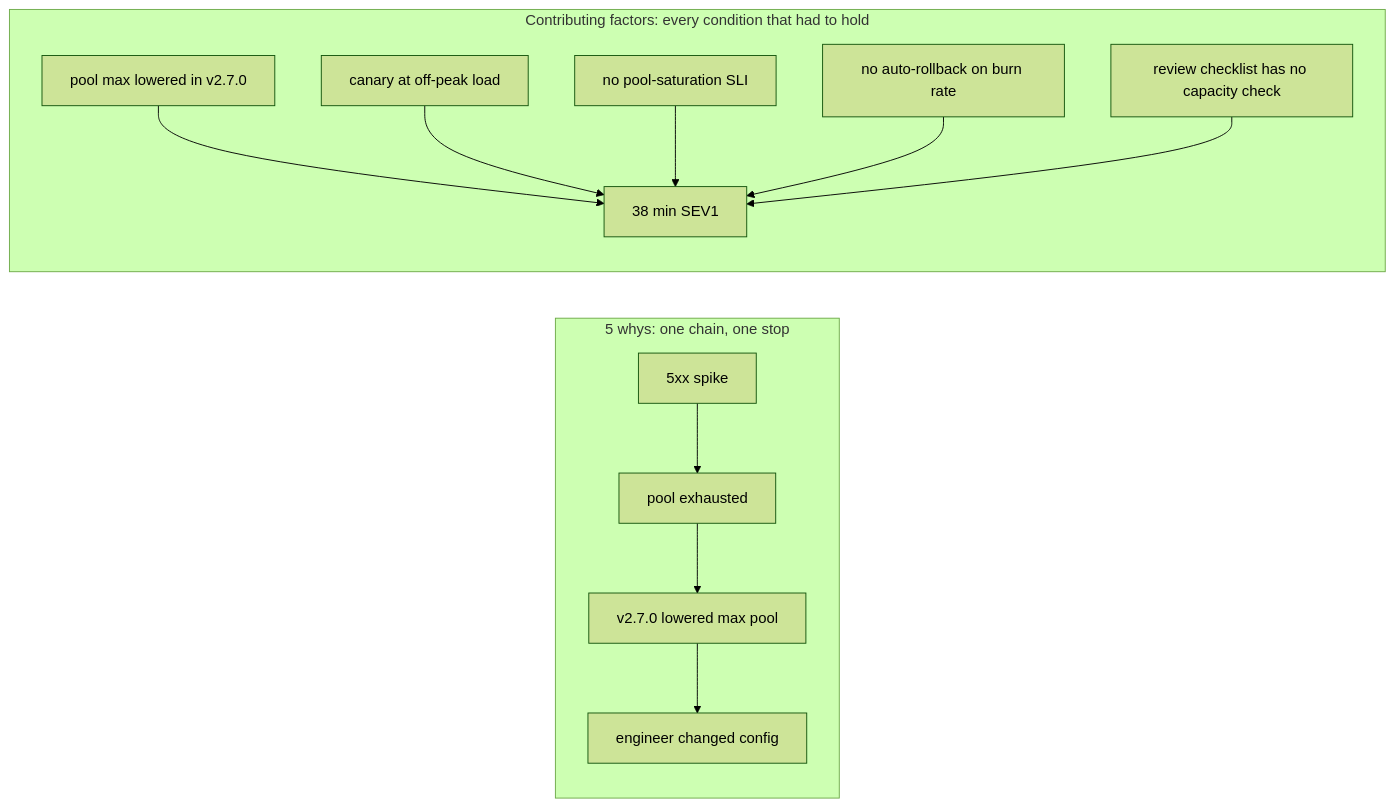
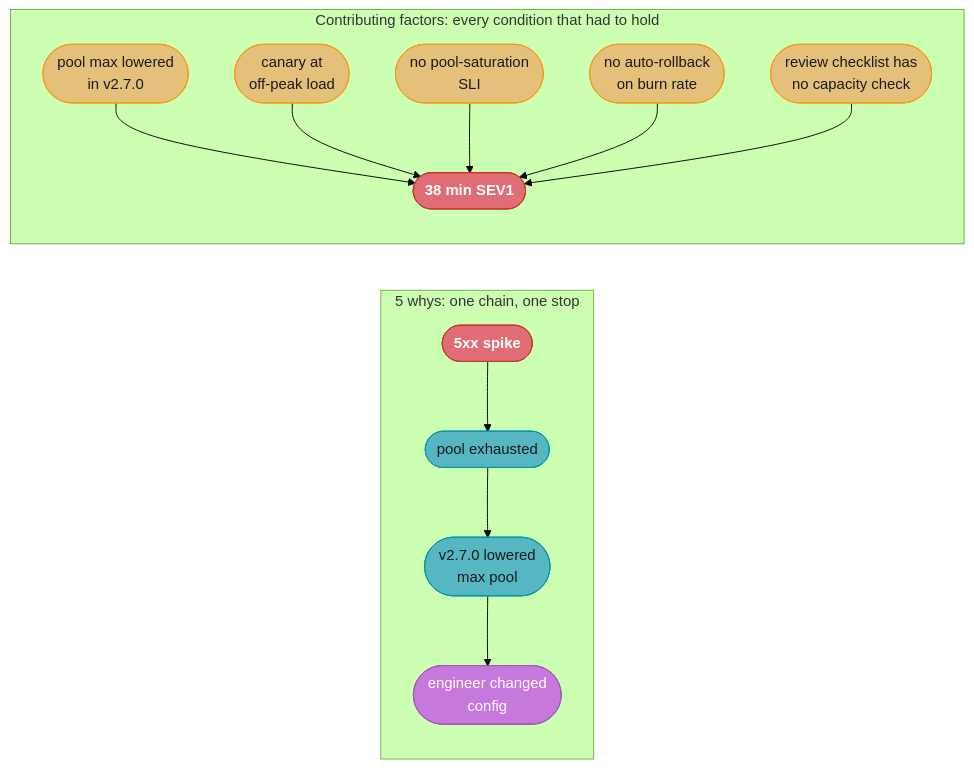
One commit to rppol/system-design changed the fifth of 6 diagrams in src/main/java/com/rutik/systemdesign/devops/incident_management_and_oncall/incident_management_and_oncall.md. Above: the diagram before and after it, drawn with Mermaid (forest theme). The commit also changed other lines of this file and 63 other files, not shown here.

````diff
--- a/src/main/java/com/rutik/systemdesign/devops/incident_management_and_oncall/incident_management_and_oncall.md
+++ b/src/main/java/com/rutik/systemdesign/devops/incident_management_and_oncall/incident_management_and_oncall.md
@@ -377,16 +379,28 @@
 ```mermaid
 flowchart LR
+    classDef io      fill:#61afef,stroke:#2e86c1,color:#1a1a1a,font-weight:bold
+    classDef frozen  fill:#c678dd,stroke:#9b59b6,color:#fff
+    classDef train   fill:#98c379,stroke:#27ae60,color:#1a1a1a
+    classDef mathOp  fill:#d19a66,stroke:#e67e22,color:#1a1a1a,font-weight:bold
+    classDef lossN   fill:#e06c75,stroke:#c0392b,color:#fff,font-weight:bold
+    classDef req     fill:#56b6c2,stroke:#0097a7,color:#1a1a1a
+    classDef base    fill:#e5c07b,stroke:#f39c12,color:#1a1a1a
     subgraph W["5 whys: one chain, one stop"]
         direction TB
-        w1["5xx spike"] --> w2["pool exhausted"] --> w3["v2.7.0 lowered max pool"] --> w4["engineer changed config"]
+        w1(["5xx spike"]) --> w2(["pool exhausted"]) --> w3(["v2.7.0 lowered<br/>max pool"]) --> w4(["engineer changed<br/>config"])
     end
     subgraph C["Contributing factors: every condition that had to hold"]
         direction TB
-        o["38 min SEV1"]
-        f1["pool max lowered in v2.7.0"] --> o
-        f2["canary at off-peak load"] --> o
-        f3["no pool-saturation SLI"] --> o
-        f4["no auto-rollback on burn rate"] --> o
-        f5["review checklist has no capacity check"] --> o
+        o(["38 min SEV1"])
+        f1(["pool max lowered<br/>in v2.7.0"]) --> o
+        f2(["canary at<br/>off-peak load"]) --> o
+        f3(["no pool-saturation<br/>SLI"]) --> o
+        f4(["no auto-rollback<br/>on burn rate"]) --> o
+        f5(["review checklist has<br/>no capacity check"]) --> o
     end
+
+    class w1,o lossN
+    class w2,w3 req
+    class w4 frozen
+    class f1,f2,f3,f4,f5 base
 ```
````
